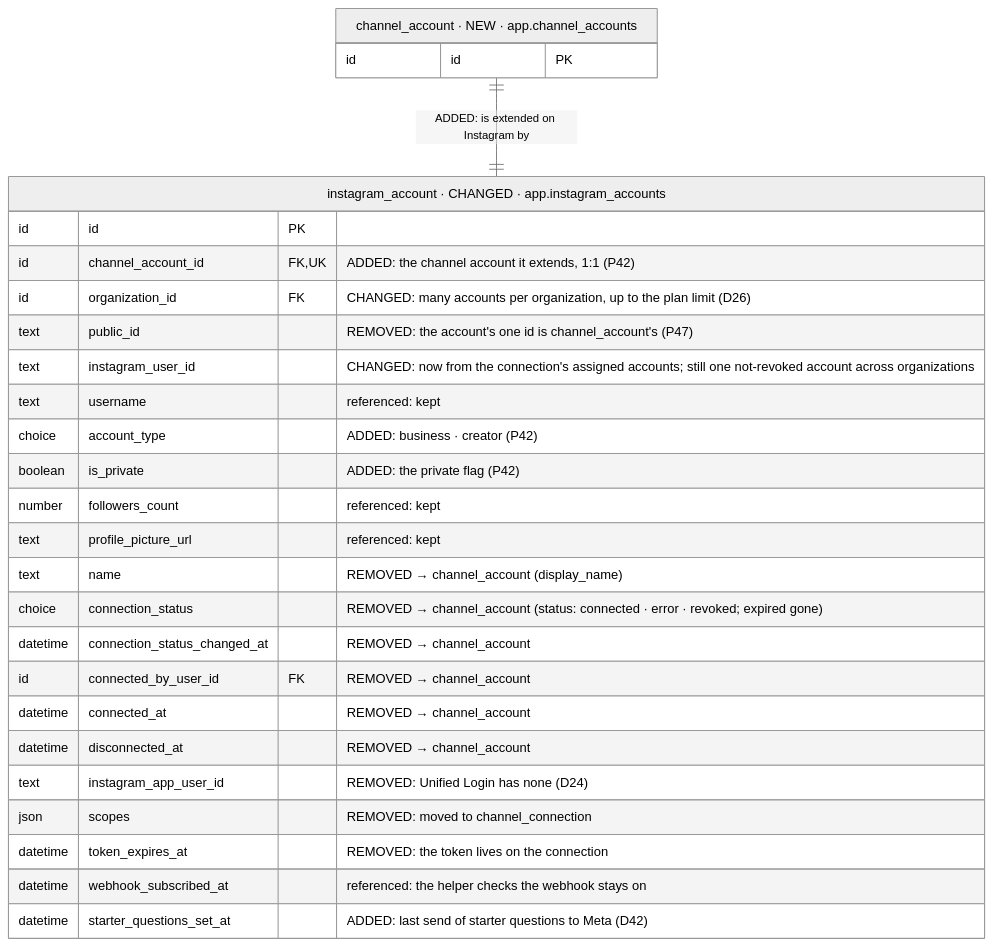
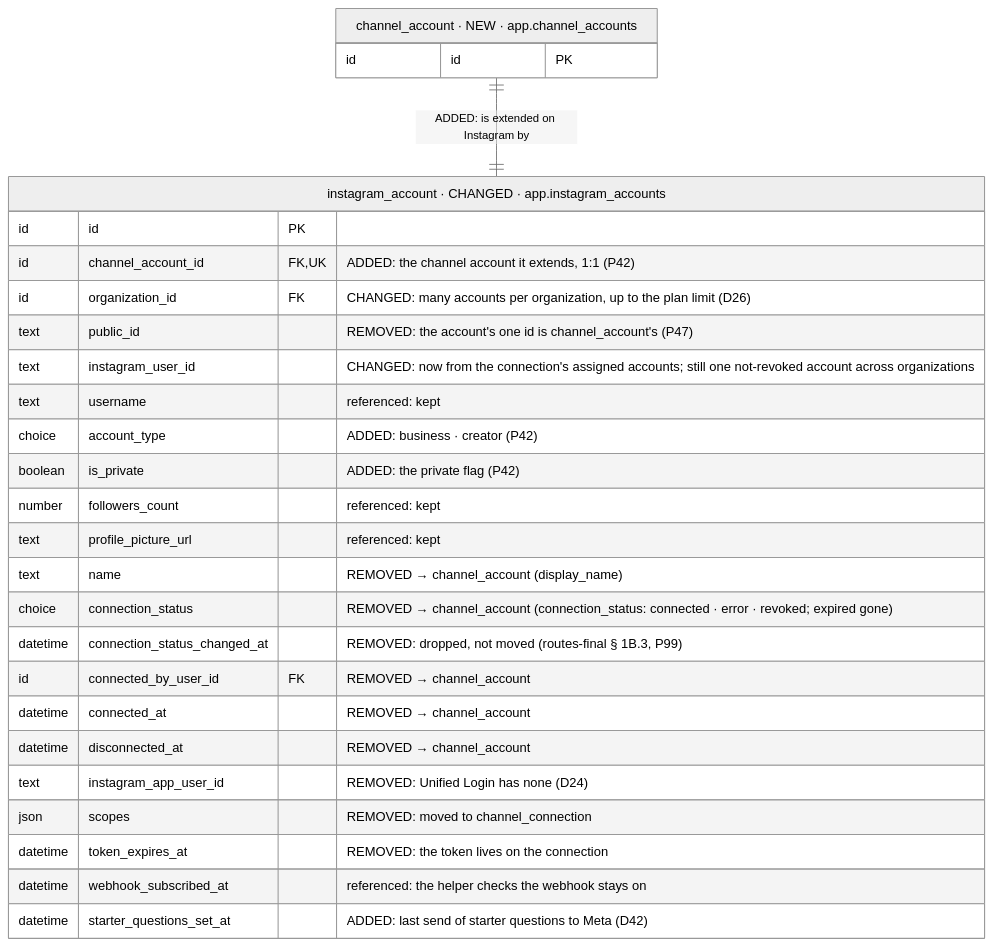
The fifth of 39 diagrams in iterations/feat-instagram-dm-sending-2026-11-23-oxak/plans/db-changes.md (albetrios/meepzo-be), drawn with Mermaid (neutral theme) before and after one commit. The commit also changed other lines of this file and 3 other files, not shown here.

````diff
--- a/iterations/feat-instagram-dm-sending-2026-11-23-oxak/plans/db-changes.md
+++ b/iterations/feat-instagram-dm-sending-2026-11-23-oxak/plans/db-changes.md
@@ -472,30 +529,30 @@
 ```mermaid
 erDiagram
   instagram_account["instagram_account · CHANGED · app.instagram_accounts"] {
     id id PK
     id channel_account_id FK, UK "ADDED: the channel account it extends, 1:1 (P42)"
     id organization_id FK "CHANGED: many accounts per organization, up to the plan limit (D26)"
     text public_id "REMOVED: the account's one id is channel_account's (P47)"
     text instagram_user_id "CHANGED: now from the connection's assigned accounts; still one not-revoked account across organizations"
     text username "referenced: kept"
     choice account_type "ADDED: business · creator (P42)"
     boolean is_private "ADDED: the private flag (P42)"
     number followers_count "referenced: kept"
     text profile_picture_url "referenced: kept"
     text name "REMOVED → channel_account (display_name)"
-    choice connection_status "REMOVED → channel_account (status: connected · error · revoked; expired gone)"
-    datetime connection_status_changed_at "REMOVED → channel_account"
+    choice connection_status "REMOVED → channel_account (connection_status: connected · error · revoked; expired gone)"
+    datetime connection_status_changed_at "REMOVED: dropped, not moved (routes-final § 1B.3, P99)"
     id connected_by_user_id FK "REMOVED → channel_account"
     datetime connected_at "REMOVED → channel_account"
     datetime disconnected_at "REMOVED → channel_account"
     text instagram_app_user_id "REMOVED: Unified Login has none (D24)"
     json scopes "REMOVED: moved to channel_connection"
     datetime token_expires_at "REMOVED: the token lives on the connection"
     datetime webhook_subscribed_at "referenced: the helper checks the webhook stays on"
     datetime starter_questions_set_at "ADDED: last send of starter questions to Meta (D42)"
   }
   channel_account["channel_account · NEW · app.channel_accounts"] {
     id id PK
   }
   channel_account ||--|| instagram_account : "ADDED: is extended on Instagram by"
 ```
````
